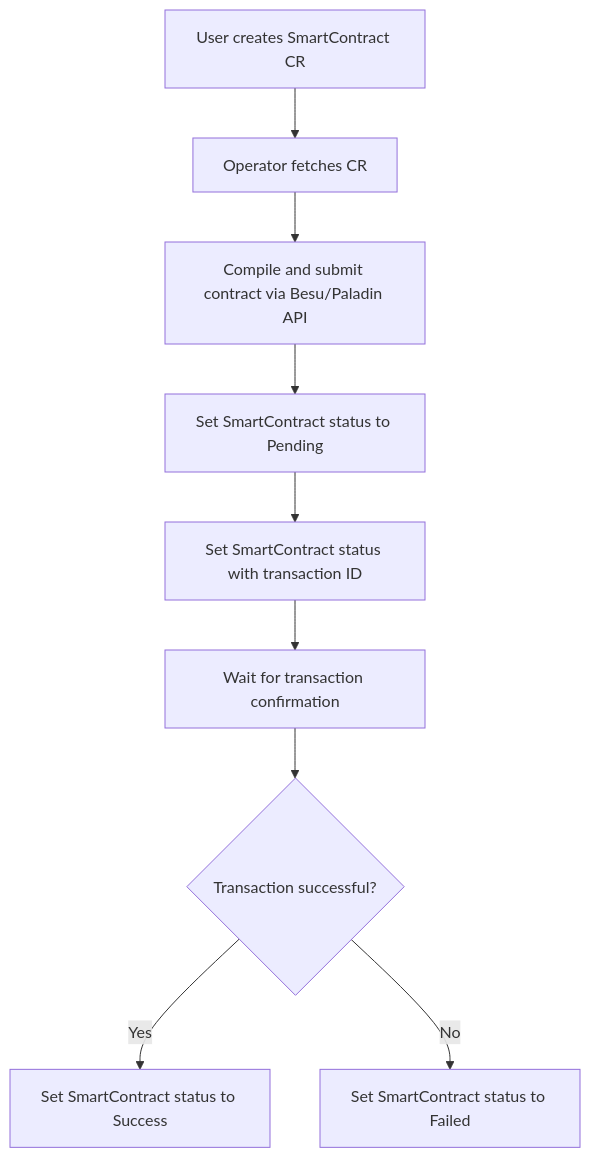
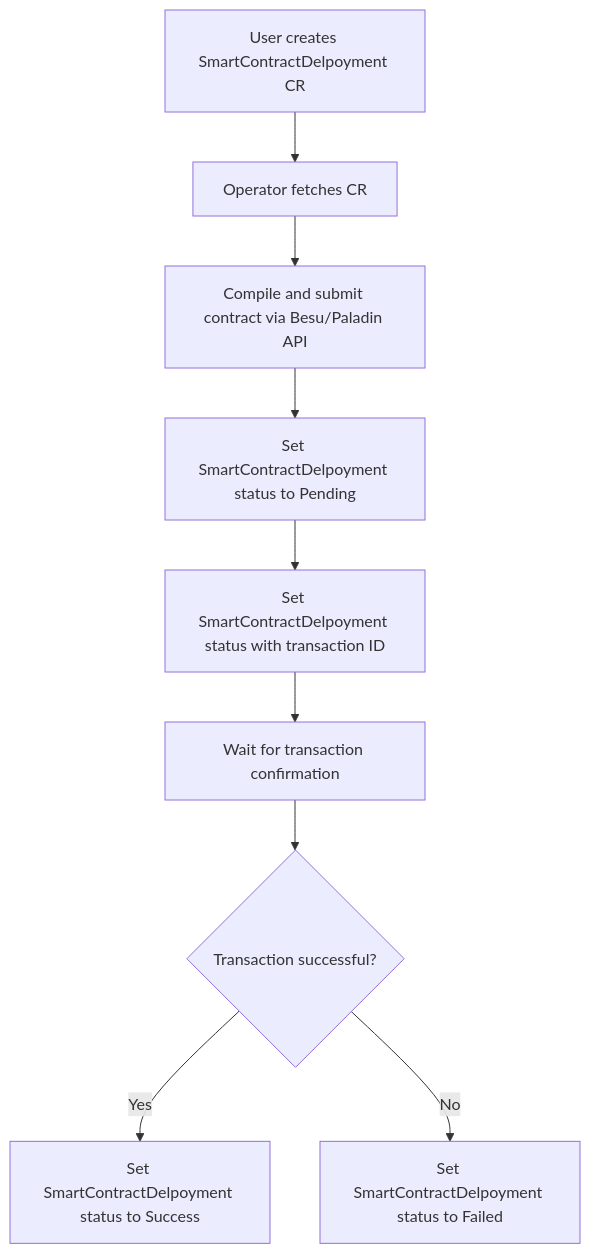
Before and after one commit to yosrahelal/paladin: the second of 2 diagrams in operator/Design.md, drawn with Mermaid. The commit also changed other lines of this file and 24 other files, not shown here.

Commit message:
Refactor of SmartContractDeployment in operator

````diff
--- a/operator/Design.md
+++ b/operator/Design.md
@@ -117,13 +117,13 @@
 ```mermaid
 
 graph TD
-    A[User creates SmartContract CR] --> B[Operator fetches CR]
+    A[User creates SmartContractDelpoyment CR] --> B[Operator fetches CR]
     B --> C[Compile and submit contract via Besu/Paladin API]
-    C --> D[Set SmartContract status to Pending]
-    D --> E[Set SmartContract status with transaction ID]
+    C --> D[Set SmartContractDelpoyment status to Pending]
+    D --> E[Set SmartContractDelpoyment status with transaction ID]
     E --> F[Wait for transaction confirmation]
     F --> G{Transaction successful?}
-    G -->|Yes| H[Set SmartContract status to Success]
-    G -->|No| I[Set SmartContract status to Failed]
+    G -->|Yes| H[Set SmartContractDelpoyment status to Success]
+    G -->|No| I[Set SmartContractDelpoyment status to Failed]
 
 ```
````
